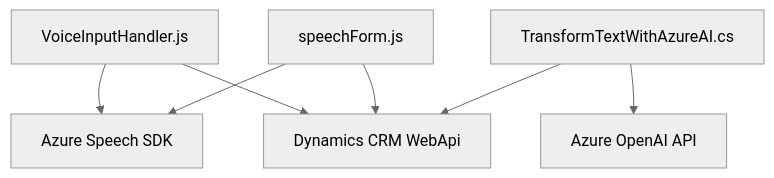
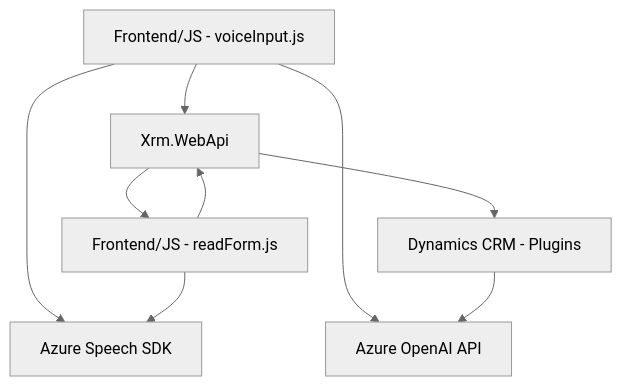
The diagram in README.md (blopezdm/NETCORE_BILBAO2025), drawn with Mermaid (neutral theme) before and after one commit. The commit also changed other lines of this file, not shown here.

````diff
--- a/README.md
+++ b/README.md
@@ -35,16 +54,18 @@
 ```mermaid
 graph TD
-    A["VoiceInputHandler.js"]
-    B["speechForm.js"]
-    C["TransformTextWithAzureAI.cs"]
-    D["Azure Speech SDK"]
+    A["Frontend/JS - voiceInput.js"]
+    B["Frontend/JS - readForm.js"]
+    C["Azure Speech SDK"]
+    D["Dynamics CRM - Plugins"]
     E["Azure OpenAI API"]
-    F["Dynamics CRM WebApi"]
-    
-    A --> D
-    B --> D
+    F["Xrm.WebApi"]
+
+    A --> C
+    B --> C
     A --> F
+    A --> E
     B --> F
-    C --> E
-    C --> F
+    D --> E
+    F --> B
+    F --> D
 ```
````
